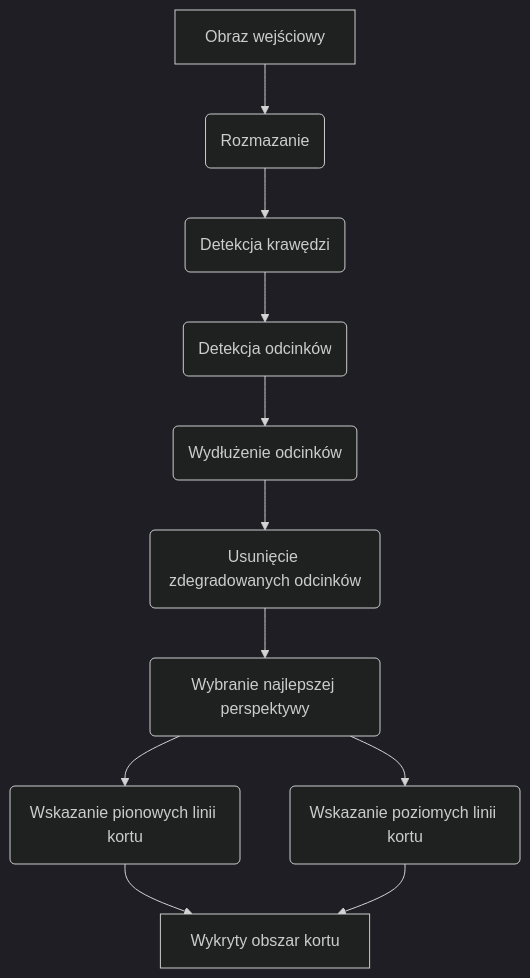
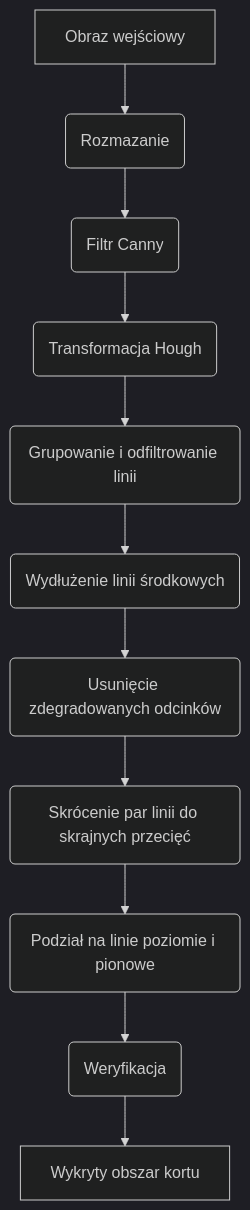
Before and after one commit to rzadp/badminton-monorepo: the diagram in thesis/chapters/problem/cpp.mmd, drawn with Mermaid (dark theme). The commit also changed 1 other file, not shown here.

```diff
--- a/thesis/chapters/problem/cpp.mmd
+++ b/thesis/chapters/problem/cpp.mmd
@@ -1,29 +1,30 @@
 graph TD
 
 %% ...::: NODES :::...
 
 input[Obraz wejściowy]
 blur(Rozmazanie)
-edges(Detekcja krawędzi)
-line_edges(Detekcja odcinków)
-line_extend(Wydłużenie odcinków)
+edges(Filtr Canny)
+hough(Transformacja Hough)
+group(Grupowanie i odfiltrowanie linii)
+line_extend(Wydłużenie linii środkowych)
 remove_degraded(Usunięcie zdegradowanych odcinków)
-best_perspective(Wybranie najlepszej perspektywy)
-detect_vertical(Wskazanie pionowych linii kortu)
-detect_horizontal(Wskazanie poziomych linii kortu)
+shorten(Skrócenie par linii do skrajnych przecięć)
+podzial(Podział na linie poziomie i pionowe)
+verif(Weryfikacja)
 court[Wykryty obszar kortu]
 
 %% ...::: STYLING :::...
 
 %% ...::: FLOWS :::...
 
 input-->blur
 blur-->edges
-edges-->line_edges
-line_edges-->line_extend
+edges-->hough
+hough-->group
+group-->line_extend
 line_extend-->remove_degraded
-remove_degraded-->best_perspective
-best_perspective-->detect_vertical
-best_perspective-->detect_horizontal
-detect_vertical-->court
-detect_horizontal-->court
+remove_degraded-->shorten
+shorten-->podzial
+podzial-->verif
+verif-->court
```
